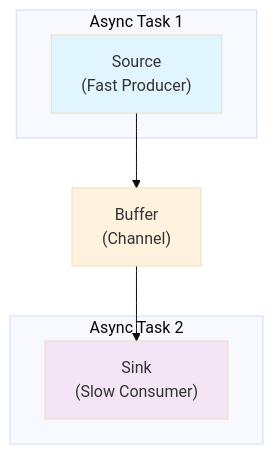
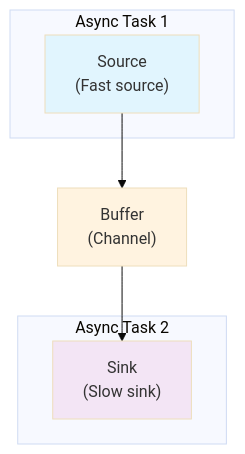
The first of 6 diagrams in docs/CONCURRENCY_AND_DISPATCHERS.md (scrogson/streamweld), drawn with Mermaid (base theme) before and after one commit. The commit also changed 14 other files, not shown here.

````diff
--- a/docs/CONCURRENCY_AND_DISPATCHERS.md
+++ b/docs/CONCURRENCY_AND_DISPATCHERS.md
@@ -11,17 +11,17 @@
 ```mermaid
 graph TD
-    A["Source<br/>(Fast Producer)"] --> B["Buffer<br/>(Channel)"]
-    B --> C["Sink<br/>(Slow Consumer)"]
+    A["Source<br/>(Fast source)"] --> B["Buffer<br/>(Channel)"]
+    B --> C["Sink<br/>(Slow sink)"]
 
     subgraph "Async Task 1"
         A
     end
 
     subgraph "Async Task 2"
         C
     end
 
     style A fill:#e1f5fe
     style B fill:#fff3e0
     style C fill:#f3e5f5
 ```
````
